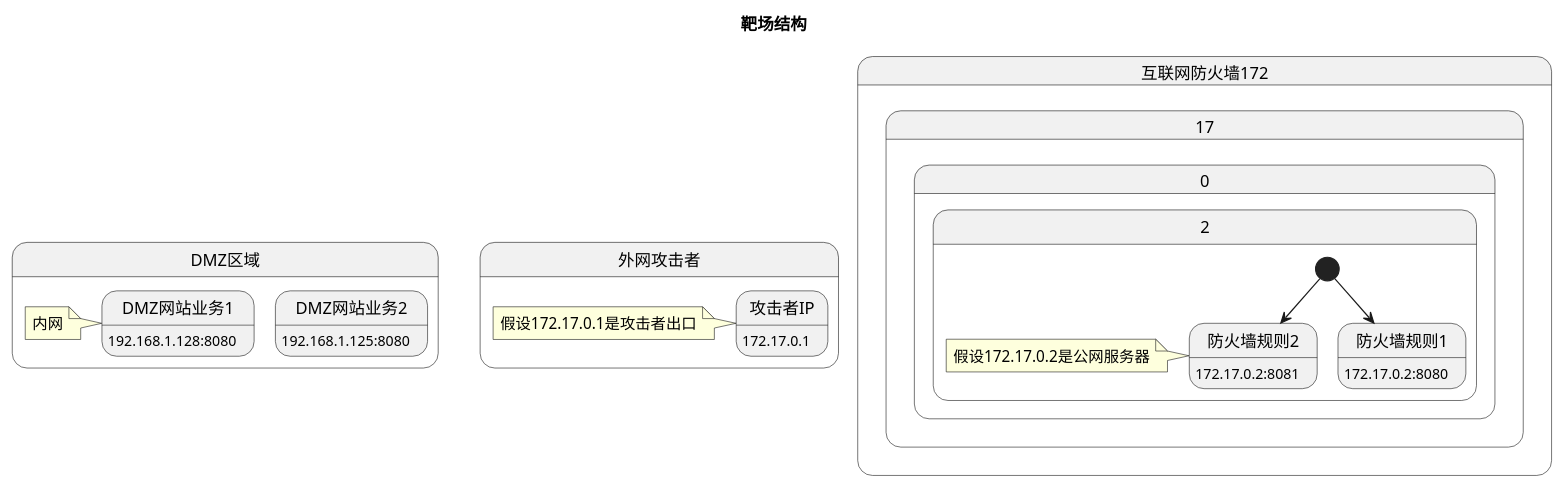
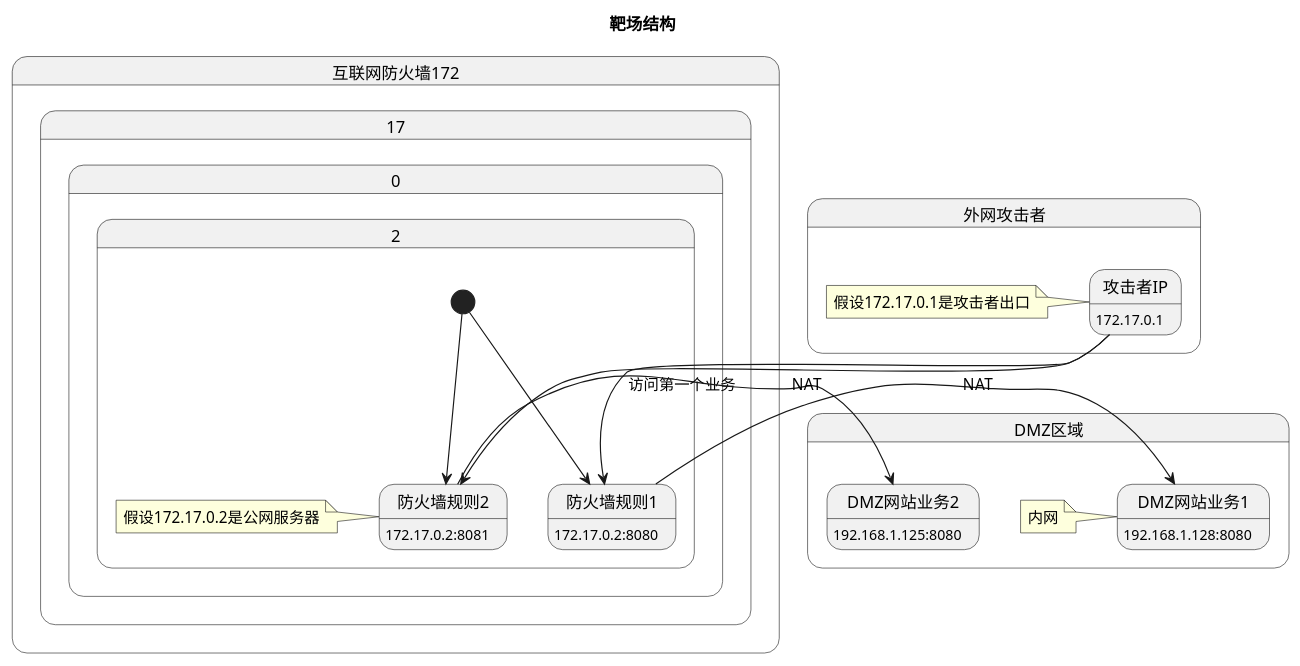
One commit to Rvn0xsy/Rvn0xsy.github.io changed the fourth of 6 diagrams in _posts/2020/2020-11-01-websocks.md. Above: the diagram before and after it, drawn with PlantUML. The commit also changed other lines of this file and 2 other files, not shown here.

````diff
--- a/_posts/2020/2020-11-01-websocks.md
+++ b/_posts/2020/2020-11-01-websocks.md
@@ -79,23 +80,28 @@
 ```plantuml
-@startuml
 title 靶场结构
 
 
 state 互联网防火墙172.17.0.2{
     [*] --> 防火墙规则1
     [*] --> 防火墙规则2
 防火墙规则1 : 172.17.0.2:8080
 防火墙规则2: 172.17.0.2:8081
 note left: 假设172.17.0.2是公网服务器
 }
 
 state DMZ区域{
     DMZ网站业务1: 192.168.1.128:8080
     note left: 内网
     DMZ网站业务2: 192.168.1.125:8080
 }
 state 外网攻击者 {
 攻击者IP:172.17.0.1
 note left: 假设172.17.0.1是攻击者出口
 }
+
+
+攻击者IP --> 防火墙规则1 : 访问第一个业务
+防火墙规则1 -> DMZ网站业务1: NAT
+攻击者IP -> 防火墙规则2
+防火墙规则2 -> DMZ网站业务2: NAT
 ```
````
